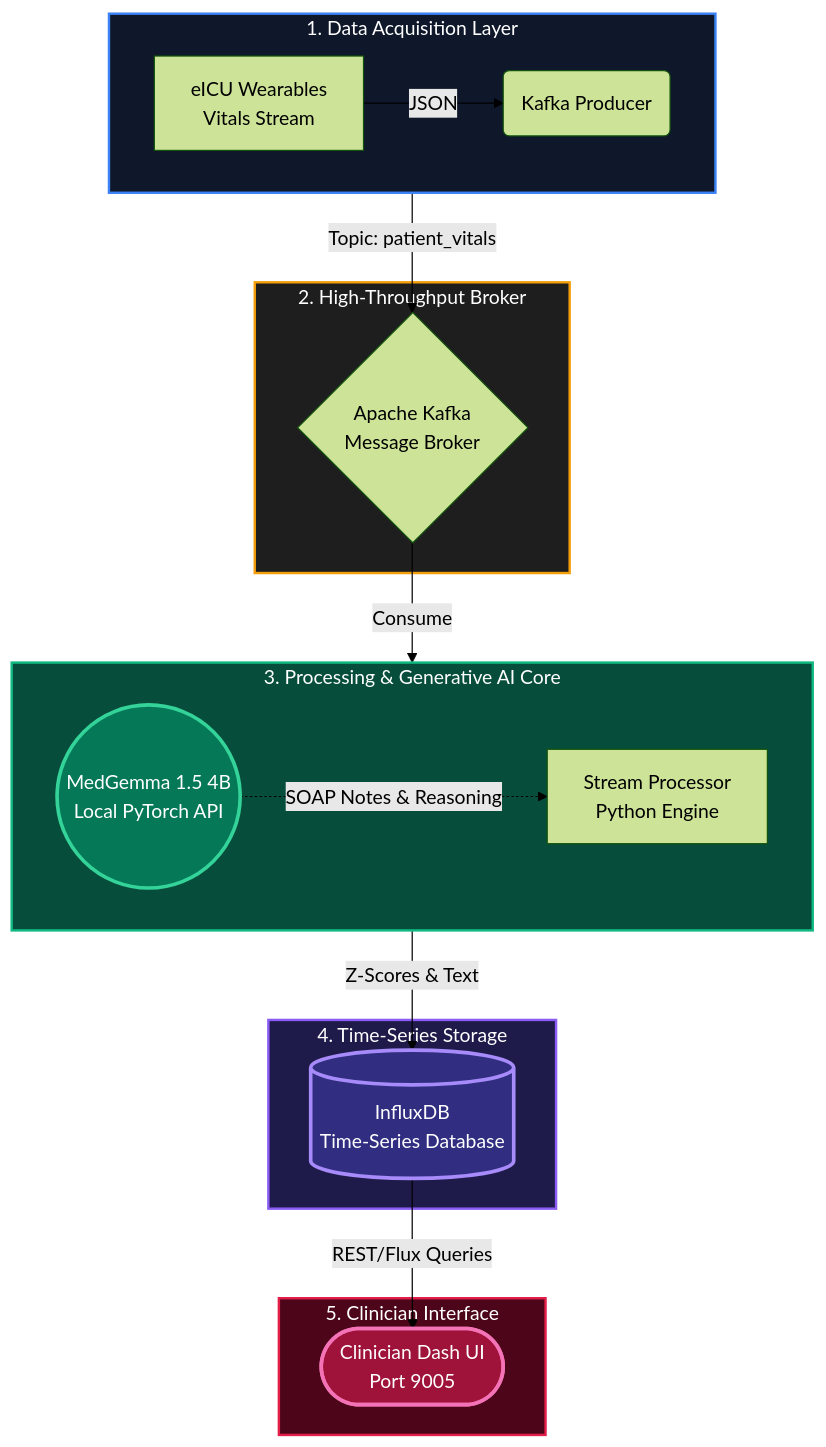
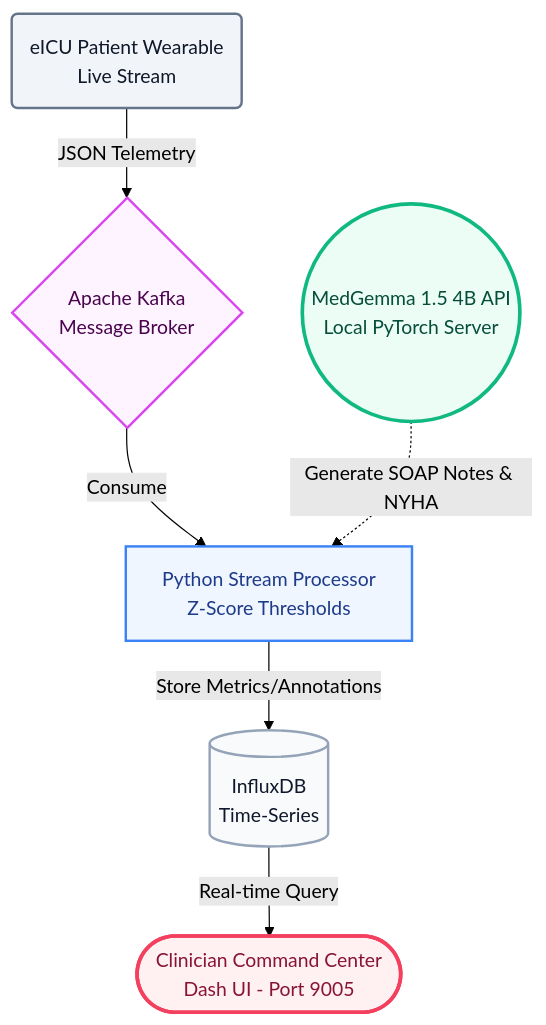
The diagram in README.md (EmrullahAydogan/heartguard-ai), drawn with Mermaid (forest theme) before and after one commit.

Commit message:
docs: simplify architecture mermaid diagram per user feedback

````diff
--- a/README.md
+++ b/README.md
@@ -31,36 +31,21 @@
 ```mermaid
 graph TD
-    subgraph Data_Acquisition [1. Data Acquisition Layer]
-        direction LR
-        IoT[eICU Wearables<br>Vitals Stream] --> |JSON| KP(Kafka Producer)
-    end
+    %% Data Flow
+    A(eICU Patient Wearable<br>Live Stream) -->|JSON Telemetry| B{Apache Kafka<br>Message Broker}
+    
+    B -->|Consume| C[Python Stream Processor<br>Z-Score Thresholds]
+    
+    E((MedGemma 1.5 4B API<br>Local PyTorch Server)) -.->|Generate SOAP Notes & NYHA| C
 
-    subgraph Message_Broker [2. High-Throughput Broker]
-        KP --> |Topic: patient_vitals| K{Apache Kafka<br>Message Broker}
-    end
+    C -->|Store Metrics/Annotations| D[(InfluxDB<br>Time-Series)]
+    
+    D -->|Real-time Query| F([Clinician Command Center<br>Dash UI - Port 9005])
 
-    subgraph AI_Core [3. Processing & Generative AI Core]
-        direction LR
-        K --> |Consume| SP[Stream Processor<br>Python Engine]
-        AI((MedGemma 1.5 4B<br>Local PyTorch API)) -.-> |SOAP Notes & Reasoning| SP
-    end
-
-    subgraph Storage [4. Time-Series Storage]
-        SP --> |Z-Scores & Text| DB[(InfluxDB<br>Time-Series Database)]
-    end
-
-    subgraph Interface [5. Clinician Interface]
-        DB --> |REST/Flux Queries| UI([Clinician Dash UI<br>Port 9005])
-    end
-
-    %% Styling
-    style Data_Acquisition fill:#0f172a,stroke:#3b82f6,stroke-width:2px,color:#fff
-    style Message_Broker fill:#1e1e1e,stroke:#f59e0b,stroke-width:2px,color:#fff
-    style AI_Core fill:#064e3b,stroke:#10b981,stroke-width:2px,color:#fff
-    style Storage fill:#1e1b4b,stroke:#8b5cf6,stroke-width:2px,color:#fff
-    style Interface fill:#4c0519,stroke:#e11d48,stroke-width:2px,color:#fff
-    
-    style AI fill:#047857,stroke:#34d399,stroke-width:3px,color:#fff
-    style UI fill:#9f1239,stroke:#f472b6,stroke-width:3px,color:#fff
-    style DB fill:#312e81,stroke:#a78bfa,stroke-width:3px,color:#fff
+    %% Clean Styling
+    style A fill:#f1f5f9,stroke:#64748b,stroke-width:2px,color:#0f172a
+    style B fill:#fdf4ff,stroke:#d946ef,stroke-width:2px,color:#4a044e
+    style C fill:#eff6ff,stroke:#3b82f6,stroke-width:2px,color:#1e3a8a
+    style D fill:#f8fafc,stroke:#94a3b8,stroke-width:2px,color:#0f172a
+    style E fill:#ecfdf5,stroke:#10b981,stroke-width:3px,color:#064e3b
+    style F fill:#fff1f2,stroke:#f43f5e,stroke-width:3px,color:#881337
 ```
````
